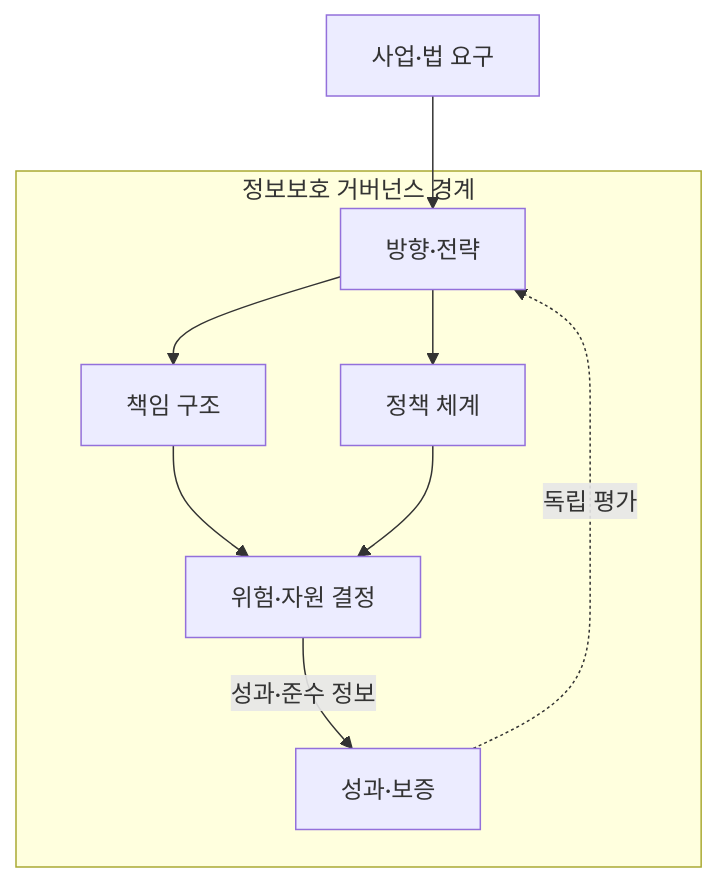
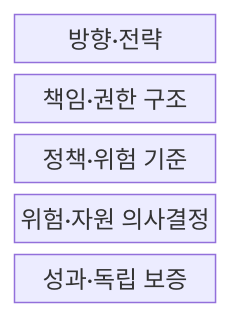
One commit to agnusdei1207/knowledge-base changed the first of 2 diagrams in src/content/docs/notes/05-security/112_information_security_governance.md. Above: the diagram before and after it, drawn with Mermaid. The commit also changed other lines of this file and 5 other files, not shown here.

````diff
--- a/src/content/docs/notes/05-security/112_information_security_governance.md
+++ b/src/content/docs/notes/05-security/112_information_security_governance.md
@@ -51,12 +52,9 @@
 ```mermaid
-flowchart TB
-  B["사업·법 요구"] --> G
-  subgraph GOV["정보보호 거버넌스 경계"]
-    G["방향·전략"] --> R["책임 구조"]
-    G --> P["정책 체계"]
-    R --> D["위험·자원 결정"]
-    P --> D
-    D -->|"성과·준수 정보"| A["성과·보증"]
-    A -. "독립 평가" .-> G
-  end
+block-beta
+  columns 1
+  G["방향·전략"]
+  R["책임·권한 구조"]
+  P["정책·위험 기준"]
+  D["위험·자원 의사결정"]
+  A["성과·독립 보증"]
 ```
````
